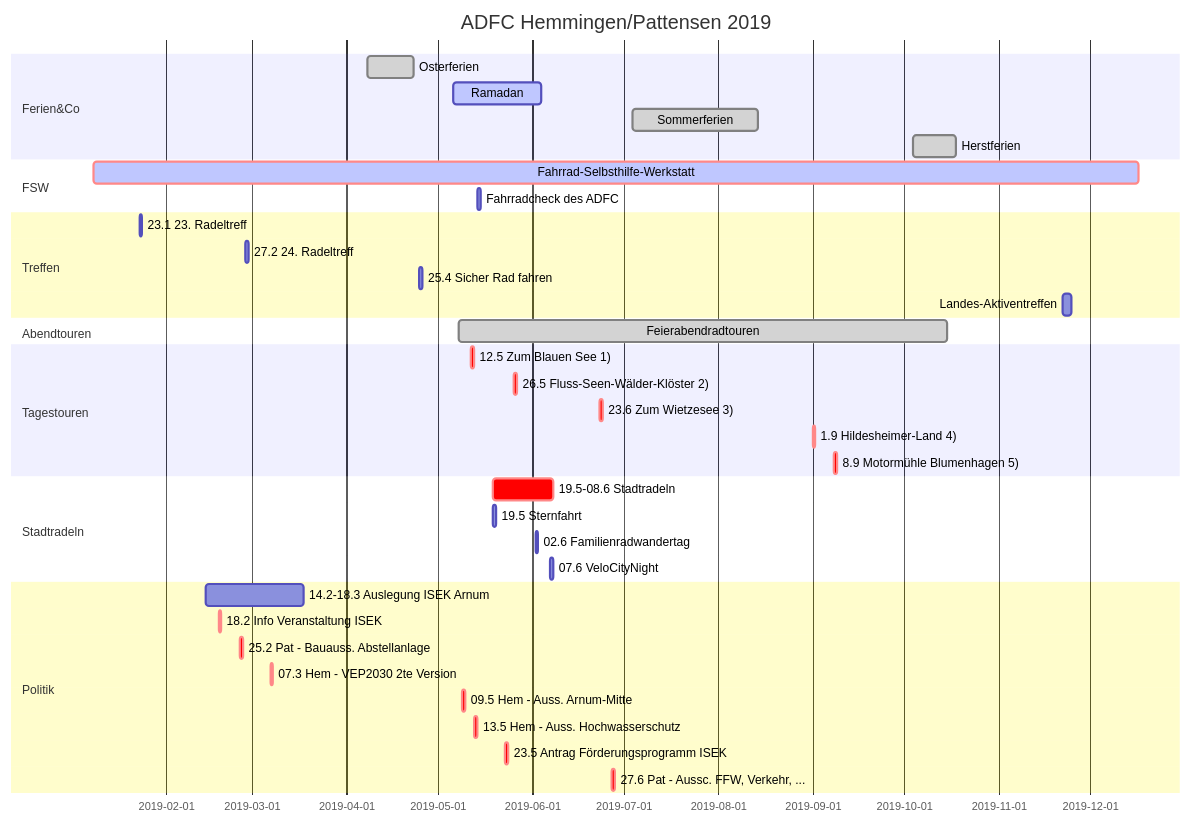
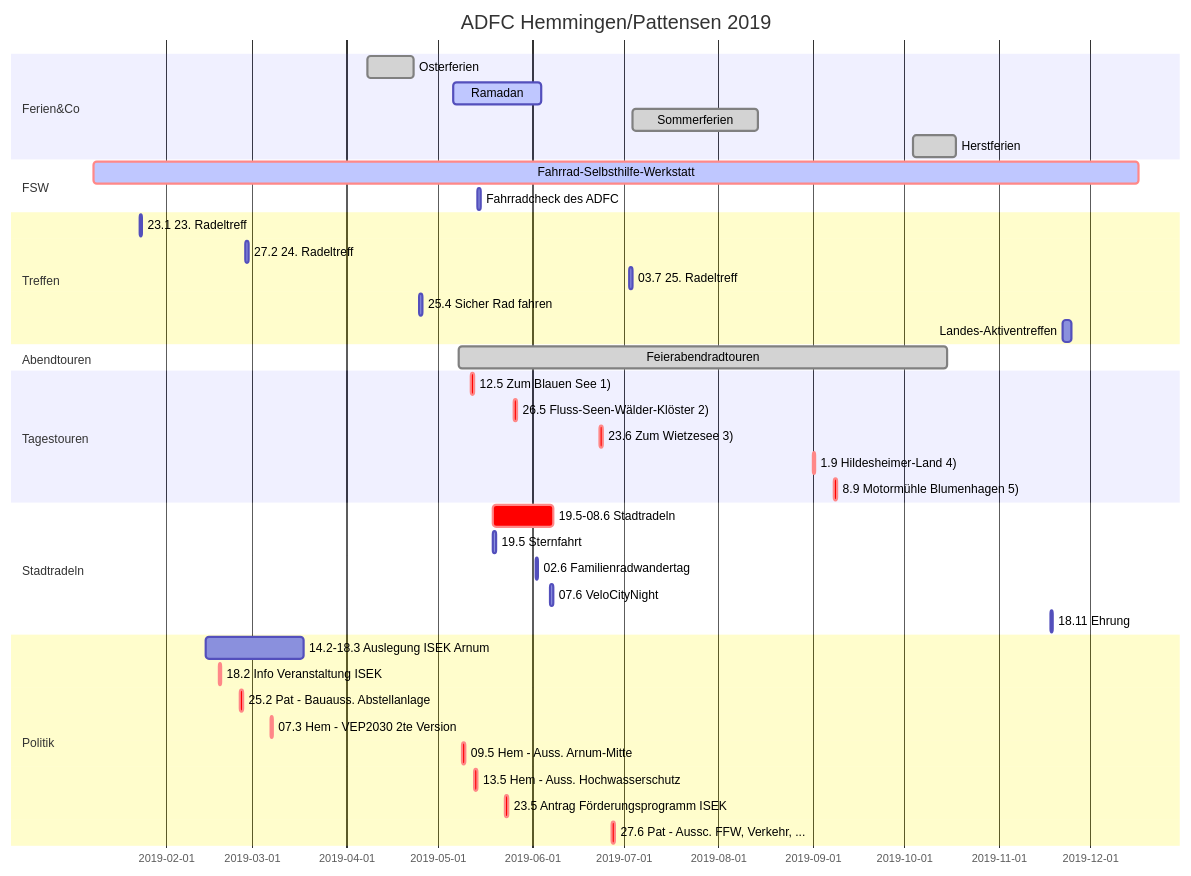
Before and after one commit to adfc-hemmingen-pattensen/adfc-hemmingen-pattensen.github.io: the diagram in index.md, drawn with Mermaid. The commit also changed other lines of this file and 4 other files, not shown here.

````diff
--- a/index.md
+++ b/index.md
@@ -93,48 +93,50 @@
 ```mermaid
 gantt
   title ADFC Hemmingen/Pattensen 2019
   dateFormat  DD.MM.YY
 
 section Ferien&Co
   Osterferien :done,        08.04.19, 23.04.19
   Ramadan     :active,done, 06.05.19, 04.06.19
   Sommerferien:done,        04.07.19, 14.08.19
   Herstferien :done,        04.10.19, 18.10.19
 
 section FSW
   Fahrrad-Selbsthilfe-Werkstatt :crit,active, 08.01.19, 17.12.19
   Fahrradcheck des ADFC         : 14.05.19, 1d
 
 section Treffen
   23.1 23. Radeltreff  : 23.01.19, 1d
   27.2 24. Radeltreff : 27.02.19, 1d
+  03.7 25. Radeltreff : 03.07.19, 1d
   25.4 Sicher Rad fahren : 25.04.19, 1d
   Landes-Aktiventreffen: 22.11.19, 3d
-  
+
 section Abendtouren
   Feierabendradtouren        :done,       08.05.19, 15.10.19
 
 section Tagestouren
   12.5 Zum Blauen See 1)           :crit, 12.05.19,1d
   26.5 Fluss-Seen-Wälder-Klöster 2):crit, 26.05.19,1d
   23.6 Zum Wietzesee 3)            :crit, 23.06.19,1d
   1.9 Hildesheimer-Land 4)         :crit, 01.09.19,1d
   8.9 Motormühle Blumenhagen 5)    :crit, 08.09.19,1d
-  
+
 
 section Stadtradeln
   19.5-08.6 Stadtradeln    : crit, 19.05.19, 08.06.19
   19.5 Sternfahrt          :       19.05.19, 1d
   02.6 Familienradwandertag:       02.06.19, 1d
   07.6 VeloCityNight       :       07.06.19, 1d
+  18.11 Ehrung       :       18.11.19, 1d
 
 section Politik
   14.2-18.3 Auslegung ISEK Arnum: 14.02.19, 18.03.19
-  18.2 Info Veranstaltung ISEK  : crit, 18.02.19, 1d 
+  18.2 Info Veranstaltung ISEK  : crit, 18.02.19, 1d
   25.2 Pat - Bauauss. Abstellanlage : crit, 25.02.19, 1d
   07.3 Hem - VEP2030 2te Version : crit, 07.03.19, 1d
   09.5 Hem - Auss. Arnum-Mitte : crit,  09.05.19, 1d
   13.5 Hem - Auss. Hochwasserschutz: crit, 13.05.19, 1d
-  23.5 Antrag Förderungsprogramm ISEK : crit, 23.05.19,1d 
-  27.6 Pat - Aussc. FFW, Verkehr, ... : crit, 27.06.19,1d 
+  23.5 Antrag Förderungsprogramm ISEK : crit, 23.05.19,1d
+  27.6 Pat - Aussc. FFW, Verkehr, ... : crit, 27.06.19,1d
 ```
````
